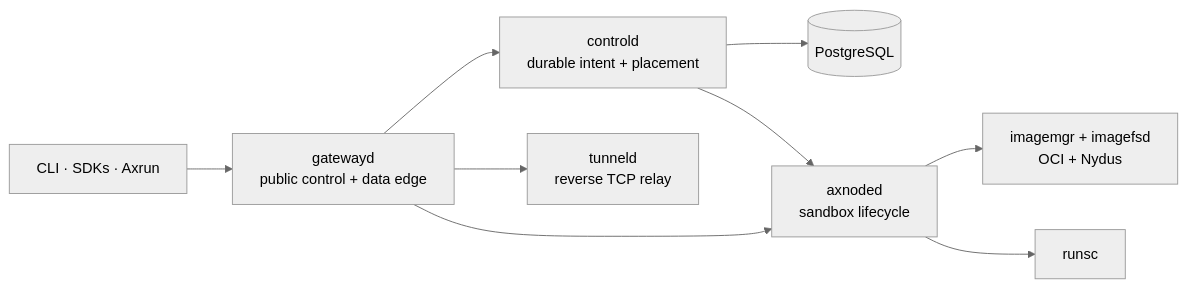
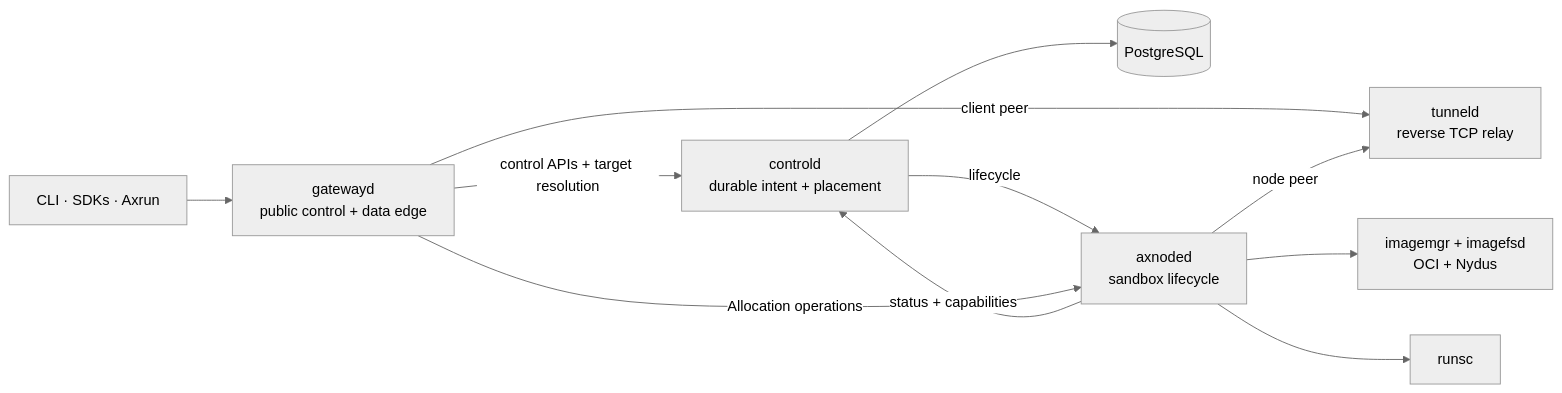
The diagram in apps/docs/src/content/docs/architecture/index.md (cofy-x/axern), drawn with Mermaid (neutral theme) before and after one commit. The commit also changed other lines of this file and 185 other files, not shown here.

````diff
--- a/apps/docs/src/content/docs/architecture/index.md
+++ b/apps/docs/src/content/docs/architecture/index.md
@@ -8,11 +8,13 @@
 ```mermaid
 flowchart LR
     Clients["CLI · SDKs · Axrun"] --> Gateway["gatewayd\npublic control + data edge"]
-    Gateway --> Control["controld\ndurable intent + placement"]
+    Gateway -->|control APIs + target resolution| Control["controld\ndurable intent + placement"]
     Control --> Postgres[(PostgreSQL)]
-    Control --> Node["axnoded\nsandbox lifecycle"]
-    Gateway --> Node
-    Gateway --> Tunnel["tunneld\nreverse TCP relay"]
+    Control -->|lifecycle| Node["axnoded\nsandbox lifecycle"]
+    Node -->|status + capabilities| Control
+    Gateway -->|Allocation operations| Node
+    Gateway -->|client peer| Tunnel["tunneld\nreverse TCP relay"]
+    Node -->|node peer| Tunnel
     Node --> Image["imagemgr + imagefsd\nOCI + Nydus"]
     Node --> Runtime["runsc"]
 ```
````
